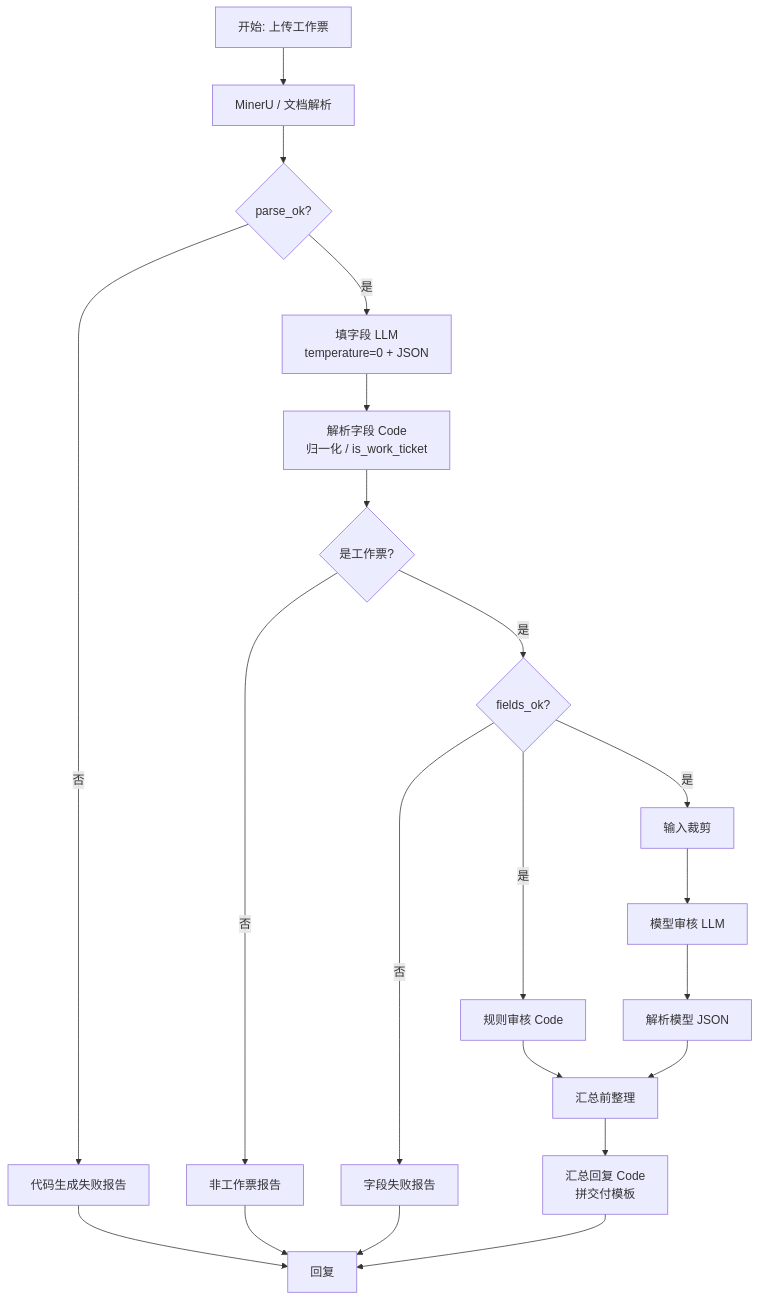
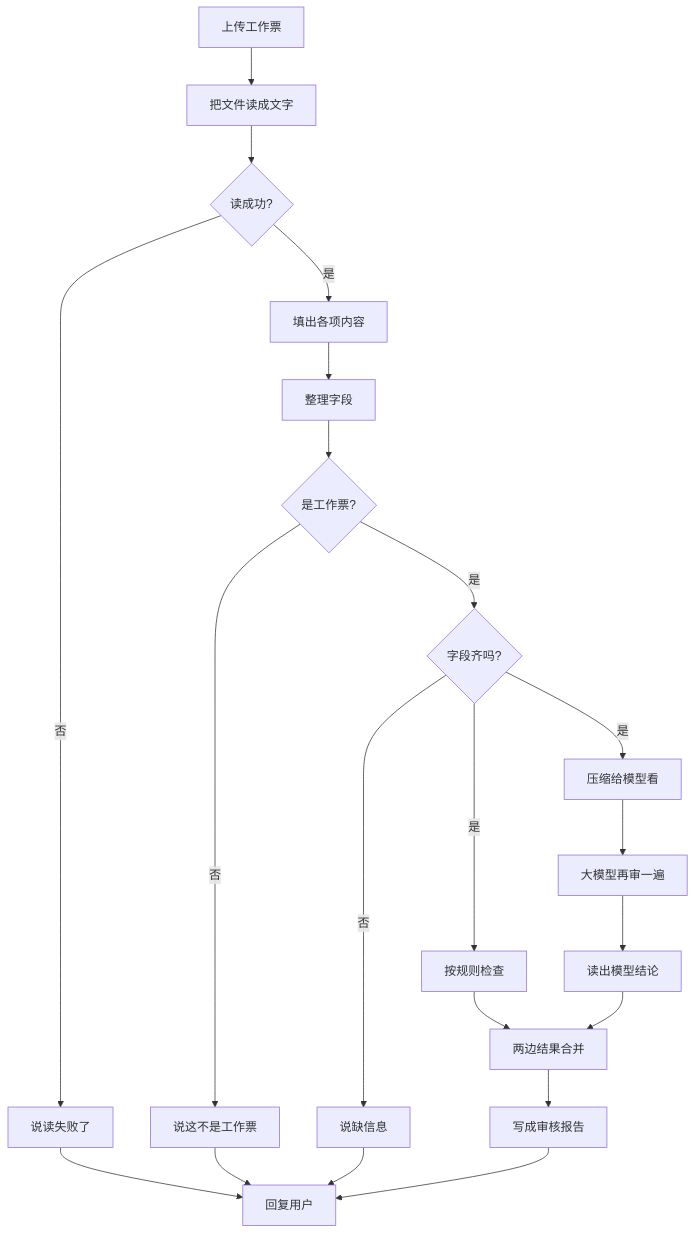
One commit to gogogo-a/Agent-Portfolio changed the diagram in projects/work-ticket-audit/diagrams/workflow.md. Above: the diagram before and after it, drawn with Mermaid. The commit also changed other lines of this file and 15 other files, not shown here.

Commit message:
文档：首页挂上会议、问答、切段、工作票流程图

````diff
--- a/projects/work-ticket-audit/diagrams/workflow.md
+++ b/projects/work-ticket-audit/diagrams/workflow.md
@@ -3,23 +3,23 @@
 ```mermaid
 flowchart TD
-    A[开始: 上传工作票] --> B[MinerU / 文档解析]
-    B --> C{parse_ok?}
-    C -->|否| F1[代码生成失败报告]
-    C -->|是| D[填字段 LLM<br/>temperature=0 + JSON]
-    D --> E[解析字段 Code<br/>归一化 / is_work_ticket]
+    A[上传工作票] --> B[把文件读成文字]
+    B --> C{读成功?}
+    C -->|否| F1[说读失败了]
+    C -->|是| D[填出各项内容]
+    D --> E[整理字段]
     E --> G{是工作票?}
-    G -->|否| F2[非工作票报告]
-    G -->|是| H{fields_ok?}
-    H -->|否| F3[字段失败报告]
-    H -->|是| I[规则审核 Code]
-    H -->|是| J[输入裁剪]
-    J --> K[模型审核 LLM]
-    K --> L[解析模型 JSON]
-    I --> M[汇总前整理]
+    G -->|否| F2[说这不是工作票]
+    G -->|是| H{字段齐吗?}
+    H -->|否| F3[说缺信息]
+    H -->|是| I[按规则检查]
+    H -->|是| J[压缩给模型看]
+    J --> K[大模型再审一遍]
+    K --> L[读出模型结论]
+    I --> M[两边结果合并]
     L --> M
-    M --> N[汇总回复 Code<br/>拼交付模板]
-    F1 --> O[回复]
+    M --> N[写成审核报告]
+    F1 --> O[回复用户]
     F2 --> O
     F3 --> O
     N --> O
 ```
````
